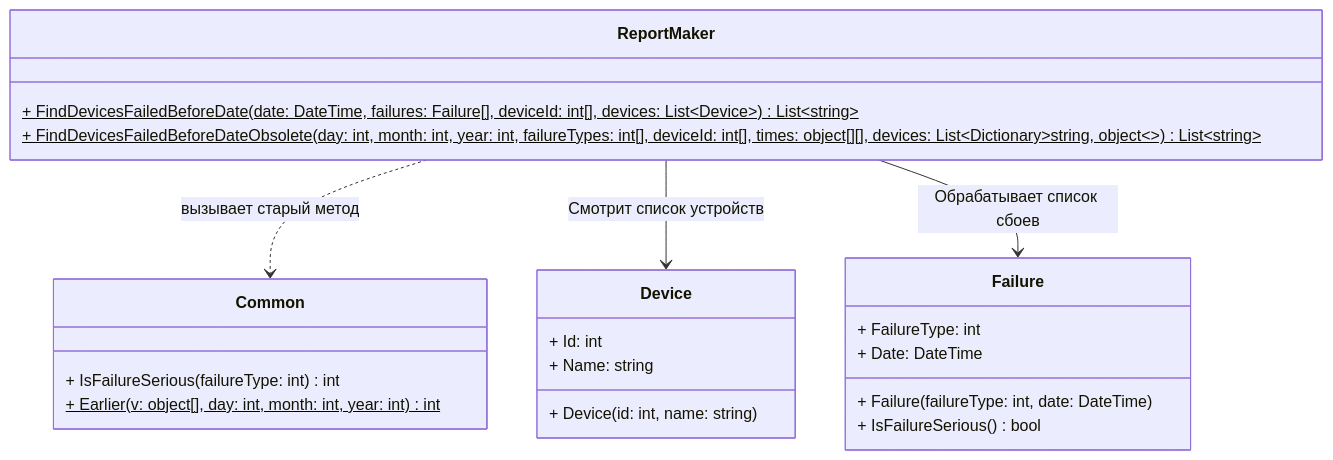
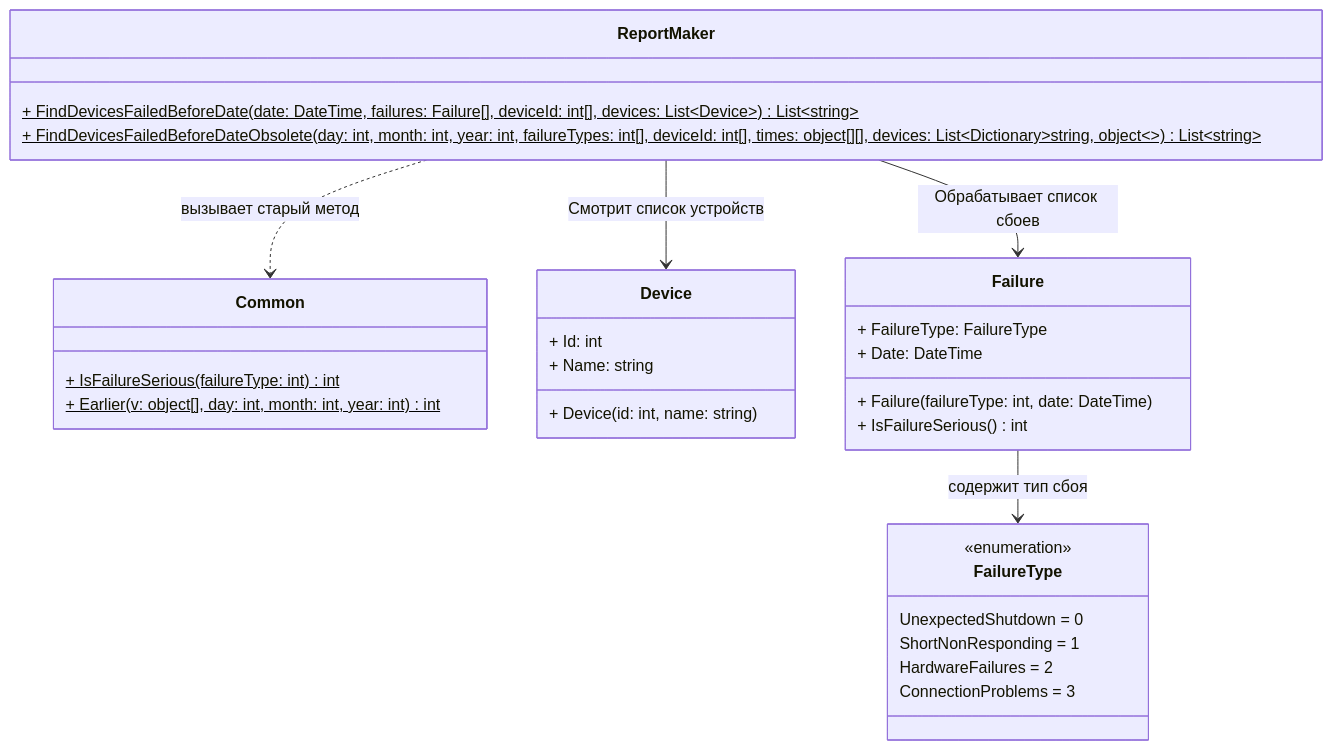
The diagram in sboi.md (Du2Vi-lab/Ulearn-Tasks), drawn with Mermaid before and after one commit.

````diff
--- a/sboi.md
+++ b/sboi.md
@@ -8,30 +8,39 @@
 ```mermaid
 classDiagram
+    class FailureType {
+        <<enumeration>>
+        UnexpectedShutdown = 0
+        ShortNonResponding = 1
+        HardwareFailures = 2
+        ConnectionProblems = 3
+    }
+
     class Common {
-        + IsFailureSerious(failureType: int) int
+        + IsFailureSerious(failureType: int) int$
         + Earlier(v: object[], day: int, month: int, year: int) int$
     }
 
     class Device {
         + Id: int
         + Name: string
         + Device(id: int, name: string)
     }
 
     class Failure {
-        + FailureType: int
+        + FailureType: FailureType
         + Date: DateTime
         + Failure(failureType: int, date: DateTime)
-        + IsFailureSerious() bool
+        + IsFailureSerious() int
     }
 
     class ReportMaker {
         + FindDevicesFailedBeforeDate(date: DateTime, failures: Failure[], deviceId: int[], devices: List~Device~) List~string~$
         + FindDevicesFailedBeforeDateObsolete(day: int, month: int, year: int, failureTypes: int[], deviceId: int[], times: object[][], devices: List~Dictionary~string, object~~) List~string~$
     }
 
+    %% Связи и подписи в точности как на твоем скриншоте + связь с enum
     ReportMaker ..> Common : вызывает старый метод
     ReportMaker --> Device : Смотрит список устройств
     ReportMaker --> Failure : Обрабатывает список сбоев
-    
+    Failure --> FailureType : содержит тип сбоя
 ```
````
